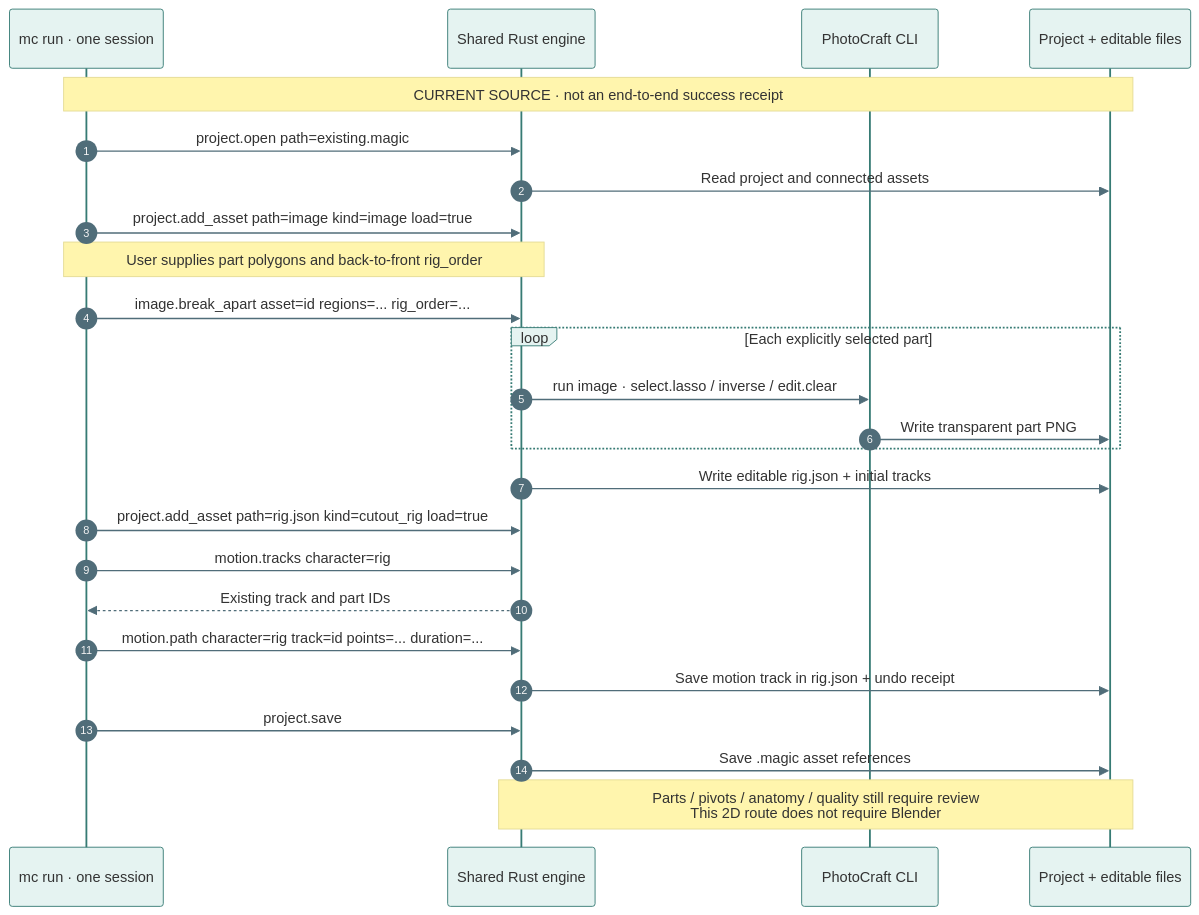
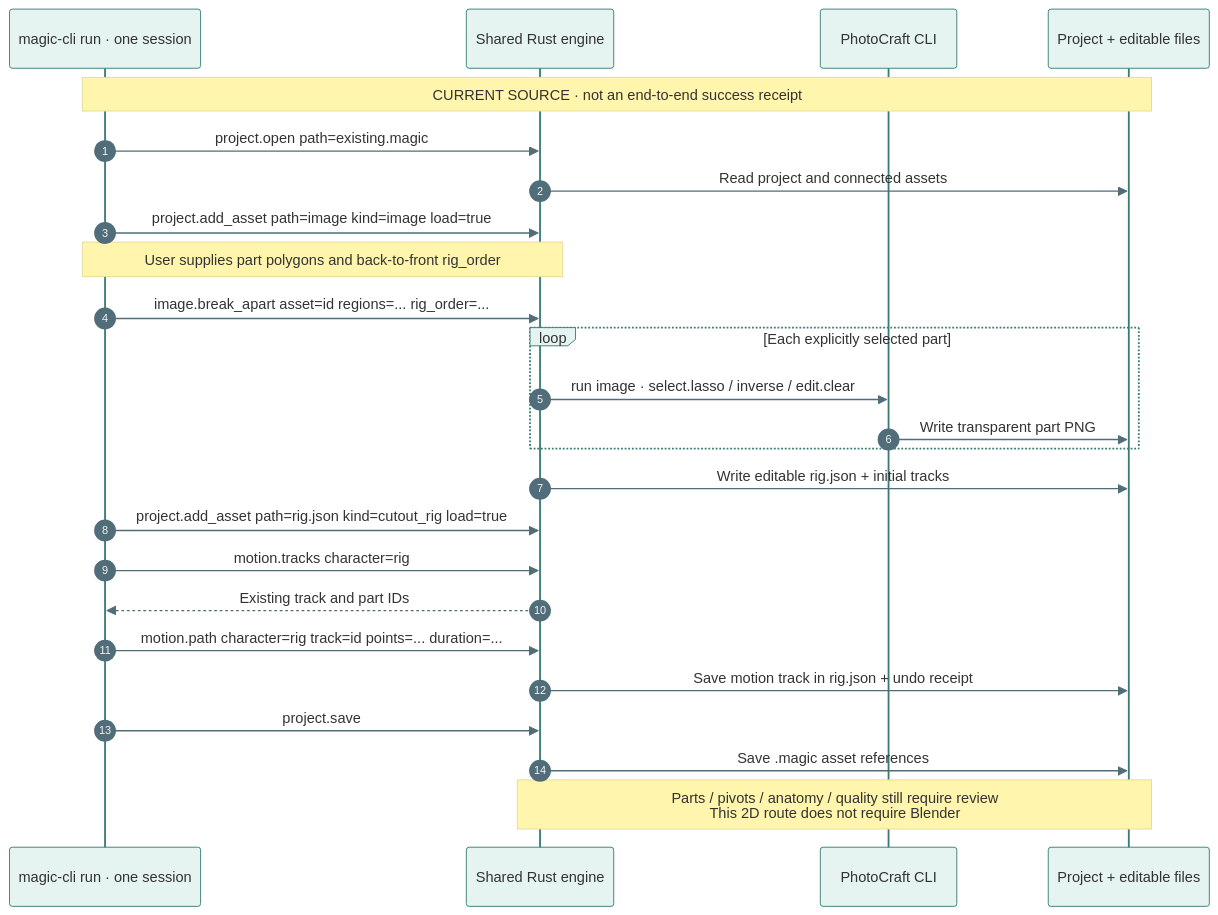
The diagram in docs/image-to-editable-animation.mmd (jessenaiman/magic-studio-app), drawn with Mermaid before and after one commit. The commit also changed 142 other files, not shown here.

```diff
--- a/docs/image-to-editable-animation.mmd
+++ b/docs/image-to-editable-animation.mmd
@@ -1,32 +1,32 @@
 %% Existing explicit-polygon 2D path; source-confirmed, not executed or visually accepted.
 %% Snapshot: baf70771fc0b3b13a0839a4cef8ab5bf628a512a; 2026-10-28 UTC.
 %% Sources: crates/engine/src/commands.rs; image_cmds.rs:98,145-196,217-302;
 %% motion.rs:1069-1178; project.rs:272,315; exports.rs:539-604.
-%% One mc run session retains open-project state. No live window required for these commands.
+%% One magic-cli run session retains open-project state. No live window required for these commands.
 %% No required text-LLM call in this selected path. PhotoCraft/local processing still consumes compute.
 %%{init: {"theme":"base","themeVariables":{"fontFamily":"system-ui","actorBkg":"#e5f3f1","actorBorder":"#377b74","signalColor":"#506d79"}}}%%
 sequenceDiagram
   autonumber
-  participant CLI as mc run · one session
+  participant CLI as magic-cli run · one session
   participant E as Shared Rust engine
   participant PC as PhotoCraft CLI
   participant F as Project + editable files
   Note over CLI,F: CURRENT SOURCE · not an end-to-end success receipt
   CLI->>E: project.open path=existing.magic
   E->>F: Read project and connected assets
   CLI->>E: project.add_asset path=image kind=image load=true
   Note over CLI,E: User supplies part polygons and back-to-front rig_order
   CLI->>E: image.break_apart asset=id regions=... rig_order=...
   loop Each explicitly selected part
     E->>PC: run image · select.lasso / inverse / edit.clear
     PC->>F: Write transparent part PNG
   end
   E->>F: Write editable rig.json + initial tracks
   CLI->>E: project.add_asset path=rig.json kind=cutout_rig load=true
   CLI->>E: motion.tracks character=rig
   E-->>CLI: Existing track and part IDs
   CLI->>E: motion.path character=rig track=id points=... duration=...
   E->>F: Save motion track in rig.json + undo receipt
   CLI->>E: project.save
   E->>F: Save .magic asset references
   Note over E,F: Parts / pivots / anatomy / quality still require review<br/>This 2D route does not require Blender
```
